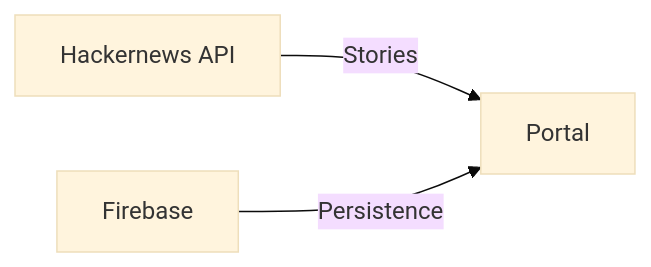
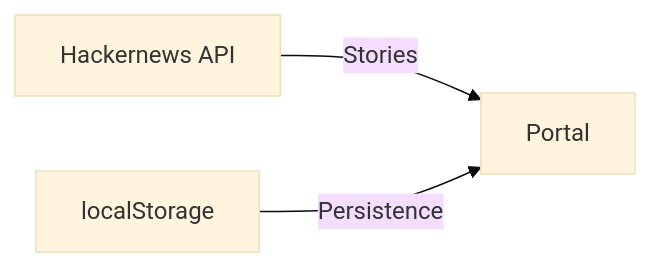
Before and after one commit to data-miner00/ng-hackernews: the diagram in README.md, drawn with Mermaid (base theme). The commit also changed other lines of this file, not shown here.

````diff
--- a/README.md
+++ b/README.md
@@ -95,5 +92,5 @@
 ```mermaid
 graph LR
     hn[Hackernews API] -- Stories --> Portal
-    Firebase -- Persistence --> Portal
+    localStorage -- Persistence --> Portal
 ```
````
